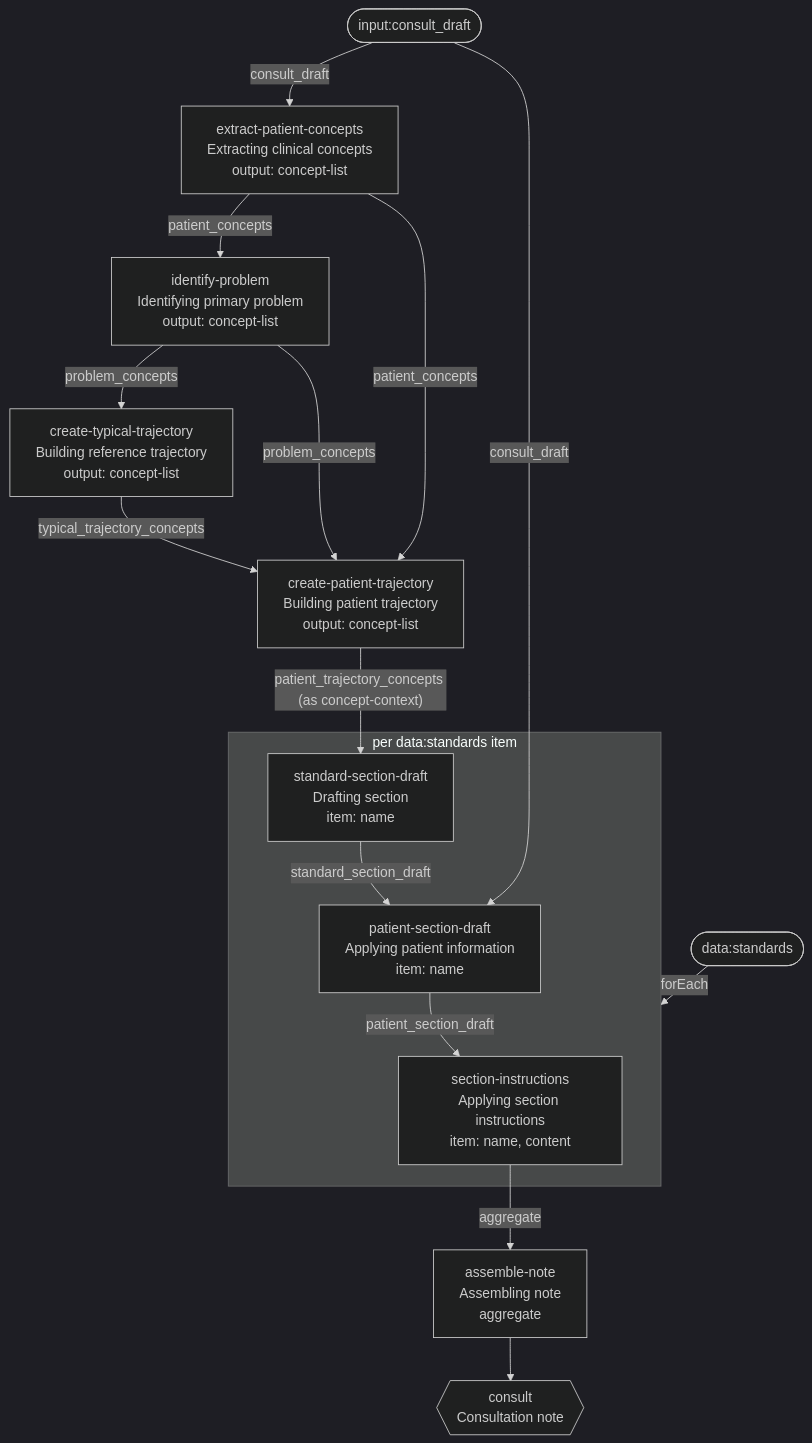
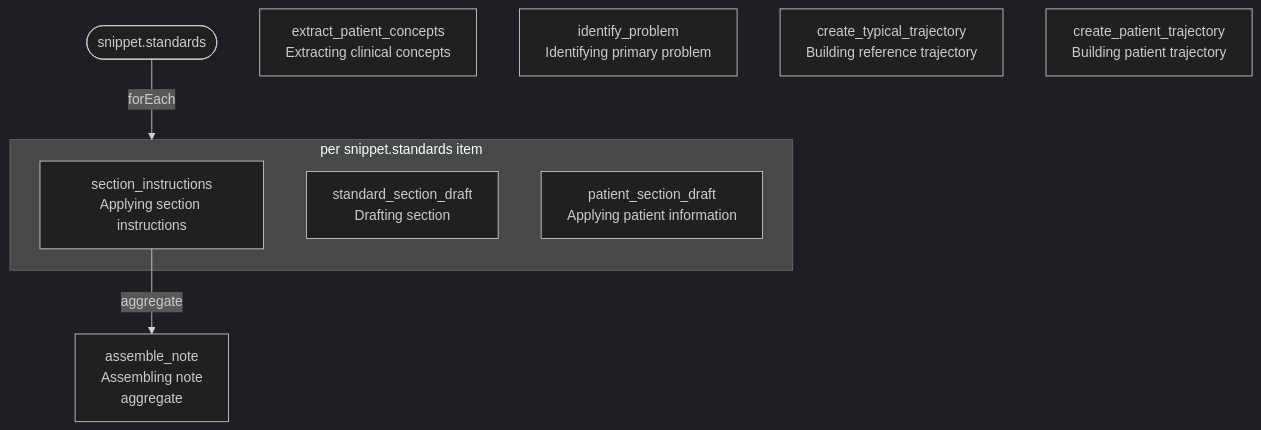
The diagram in packages/general/dag.mmd (Consultologist/consultologist-workflows), drawn with Mermaid (dark theme) before and after one commit. The commit also changed 20 other files, not shown here.

```diff
--- a/packages/general/dag.mmd
+++ b/packages/general/dag.mmd
@@ -1,30 +1,16 @@
 flowchart TD
-    input_consult_draft(["input:consult_draft"])
-    data_standards(["data:standards"])
+    snippet_standards(["snippet.standards"])
 
-    extract_patient_concepts["extract-patient-concepts<br/>Extracting clinical concepts<br/>output: concept-list"]
-    input_consult_draft -->|"consult_draft"| extract_patient_concepts
-    identify_problem["identify-problem<br/>Identifying primary problem<br/>output: concept-list"]
-    extract_patient_concepts -->|"patient_concepts"| identify_problem
-    create_typical_trajectory["create-typical-trajectory<br/>Building reference trajectory<br/>output: concept-list"]
-    identify_problem -->|"problem_concepts"| create_typical_trajectory
-    create_patient_trajectory["create-patient-trajectory<br/>Building patient trajectory<br/>output: concept-list"]
-    identify_problem -->|"problem_concepts"| create_patient_trajectory
-    extract_patient_concepts -->|"patient_concepts"| create_patient_trajectory
-    create_typical_trajectory -->|"typical_trajectory_concepts"| create_patient_trajectory
-    assemble_note["assemble-note<br/>Assembling note<br/>aggregate"]
+    extract_patient_concepts["extract_patient_concepts<br/>Extracting clinical concepts"]
+    identify_problem["identify_problem<br/>Identifying primary problem"]
+    create_typical_trajectory["create_typical_trajectory<br/>Building reference trajectory"]
+    create_patient_trajectory["create_patient_trajectory<br/>Building patient trajectory"]
+    assemble_note["assemble_note<br/>Assembling note<br/>aggregate"]
     section_instructions -->|"aggregate"| assemble_note
 
-    data_standards -->|"forEach"| foreach_data_standards
-    subgraph foreach_data_standards["per data:standards item"]
-        standard_section_draft["standard-section-draft<br/>Drafting section<br/>item: name"]
-        patient_section_draft["patient-section-draft<br/>Applying patient information<br/>item: name"]
-        section_instructions["section-instructions<br/>Applying section instructions<br/>item: name, content"]
-        standard_section_draft -->|"standard_section_draft"| patient_section_draft
-        patient_section_draft -->|"patient_section_draft"| section_instructions
+    snippet_standards -->|"forEach"| foreach_snippet_standards
+    subgraph foreach_snippet_standards["per snippet.standards item"]
+        standard_section_draft["standard_section_draft<br/>Drafting section"]
+        patient_section_draft["patient_section_draft<br/>Applying patient information"]
+        section_instructions["section_instructions<br/>Applying section instructions"]
     end
-    create_patient_trajectory -->|"patient_trajectory_concepts (as concept-context)"| standard_section_draft
-    input_consult_draft -->|"consult_draft"| patient_section_draft
-
-    result_consult{{"consult<br/>Consultation note"}}
-    assemble_note --> result_consult
```
